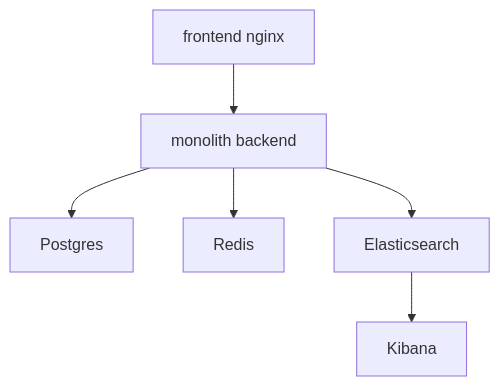
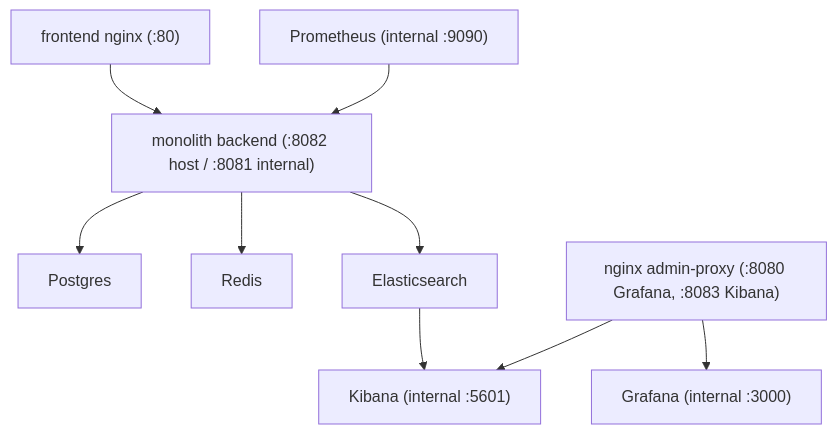
The fifth of 5 diagrams in docs/02-architecture-hld.md (123suraj-sky/DevOps-Suite), drawn with Mermaid before and after one commit. The commit also changed other lines of this file and 11 other files, not shown here.

````diff
--- a/docs/02-architecture-hld.md
+++ b/docs/02-architecture-hld.md
@@ -70,15 +79,21 @@
 ```mermaid
 flowchart TB
-    FE[frontend nginx]
-    MN[monolith backend]
+    FE["frontend nginx (:80)"]
+    MN["monolith backend (:8082 host / :8081 internal)"]
     PG[Postgres]
     RD[Redis]
     ESK[Elasticsearch]
-    KB[Kibana]
+    KB["Kibana (internal :5601)"]
+    PROM["Prometheus (internal :9090)"]
+    GRAF["Grafana (internal :3000)"]
+    NGINX["nginx admin-proxy (:8080 Grafana, :8083 Kibana)"]
 
     FE --> MN
     MN --> PG
     MN --> RD
     MN --> ESK
     ESK --> KB
+    PROM --> MN
+    NGINX --> GRAF
+    NGINX --> KB
 ```
````
